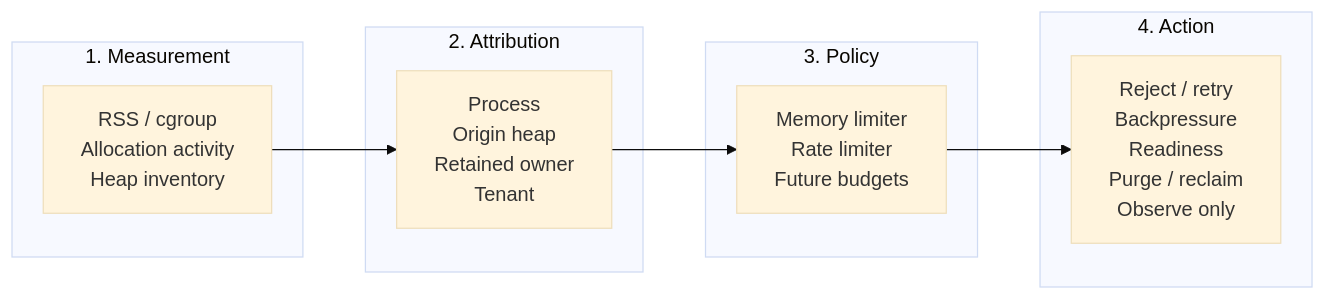
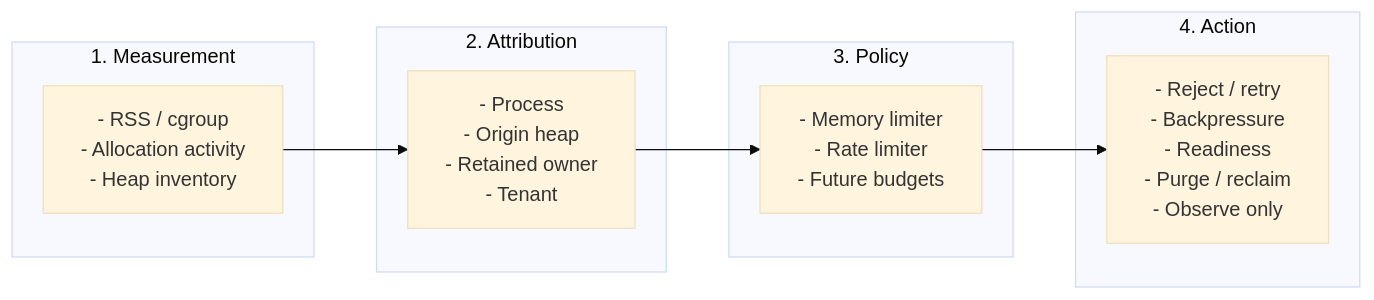
Before and after one commit to open-telemetry/otel-arrow: the first of 7 diagrams in rust/otap-dataflow/docs/memory-resource-management.md, drawn with Mermaid (base theme).

Commit message:
docs: improve memory stage diagram readability

````diff
--- a/rust/otap-dataflow/docs/memory-resource-management.md
+++ b/rust/otap-dataflow/docs/memory-resource-management.md
@@ -39,20 +39,20 @@
 ```mermaid
 flowchart LR
     subgraph S1["1. Measurement"]
-        M["RSS / cgroup<br/>Allocation activity<br/>Heap inventory"]
+        M["- RSS / cgroup<br/>- Allocation activity<br/>- Heap inventory"]
     end
 
     subgraph S2["2. Attribution"]
-        A["Process<br/>Origin heap<br/>Retained owner<br/>Tenant"]
+        A["- Process<br/>- Origin heap<br/>- Retained owner<br/>- Tenant"]
     end
 
     subgraph S3["3. Policy"]
-        P["Memory limiter<br/>Rate limiter<br/>Future budgets"]
+        P["- Memory limiter<br/>- Rate limiter<br/>- Future budgets"]
     end
 
     subgraph S4["4. Action"]
-        X["Reject / retry<br/>Backpressure<br/>Readiness<br/>Purge / reclaim<br/>Observe only"]
+        X["- Reject / retry<br/>- Backpressure<br/>- Readiness<br/>- Purge / reclaim<br/>- Observe only"]
     end
 
     M --> A --> P --> X
 ```
````
